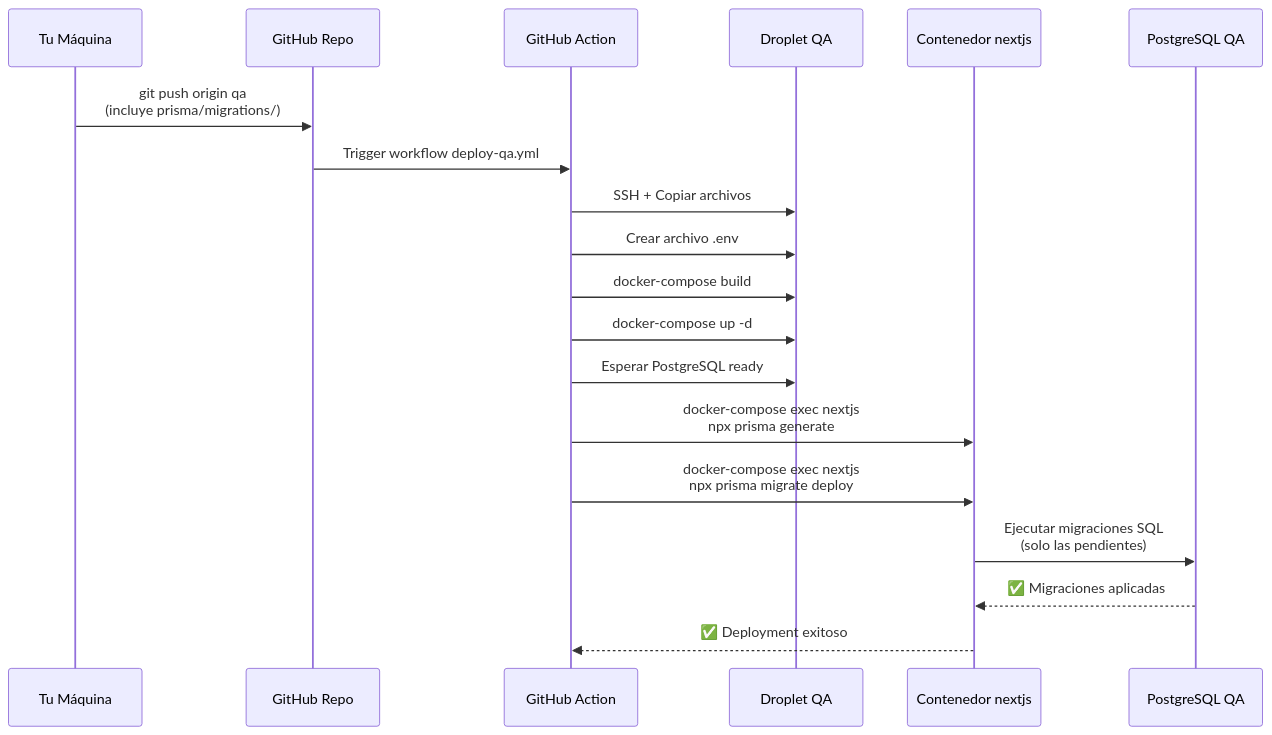
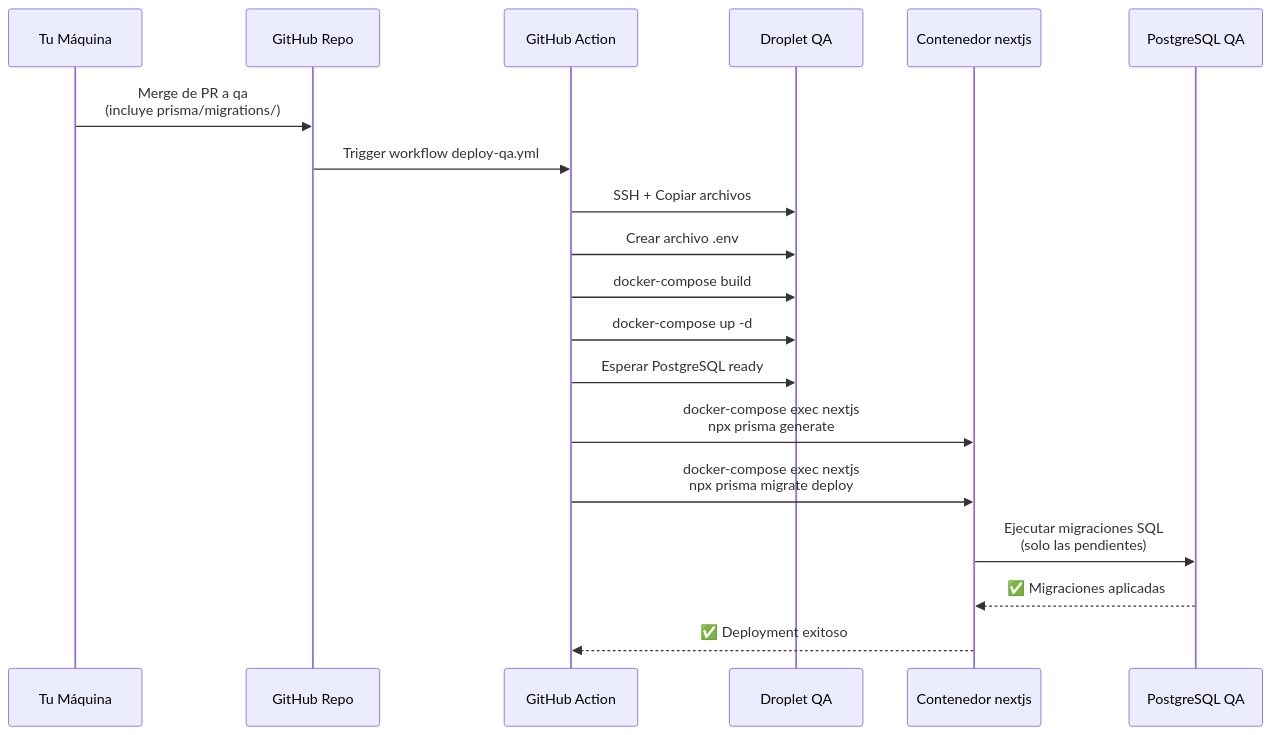
Before and after one commit to financieramentecu/financieramente-app: the diagram in docs/PRISMA_MIGRATIONS.md, drawn with Mermaid. The commit also changed other lines of this file and 4 other files, not shown here.

Commit message:
docs(release): replace master and direct pushes with PR flow in ops docs

````diff
--- a/docs/PRISMA_MIGRATIONS.md
+++ b/docs/PRISMA_MIGRATIONS.md
@@ -61,22 +61,22 @@
 ```mermaid
 sequenceDiagram
     participant Dev as Tu Máquina
     participant GitHub as GitHub Repo
     participant Action as GitHub Action
     participant Droplet as Droplet QA
     participant Container as Contenedor nextjs
     participant DB as PostgreSQL QA
 
-    Dev->>GitHub: git push origin qa<br/>(incluye prisma/migrations/)
+    Dev->>GitHub: Merge de PR a qa<br/>(incluye prisma/migrations/)
     GitHub->>Action: Trigger workflow deploy-qa.yml
     Action->>Droplet: SSH + Copiar archivos
     Action->>Droplet: Crear archivo .env
     Action->>Droplet: docker-compose build
     Action->>Droplet: docker-compose up -d
     Action->>Droplet: Esperar PostgreSQL ready
     Action->>Container: docker-compose exec nextjs<br/>npx prisma generate
     Action->>Container: docker-compose exec nextjs<br/>npx prisma migrate deploy
     Container->>DB: Ejecutar migraciones SQL<br/>(solo las pendientes)
     DB-->>Container: ✅ Migraciones aplicadas
     Container-->>Action: ✅ Deployment exitoso
 ```
````
